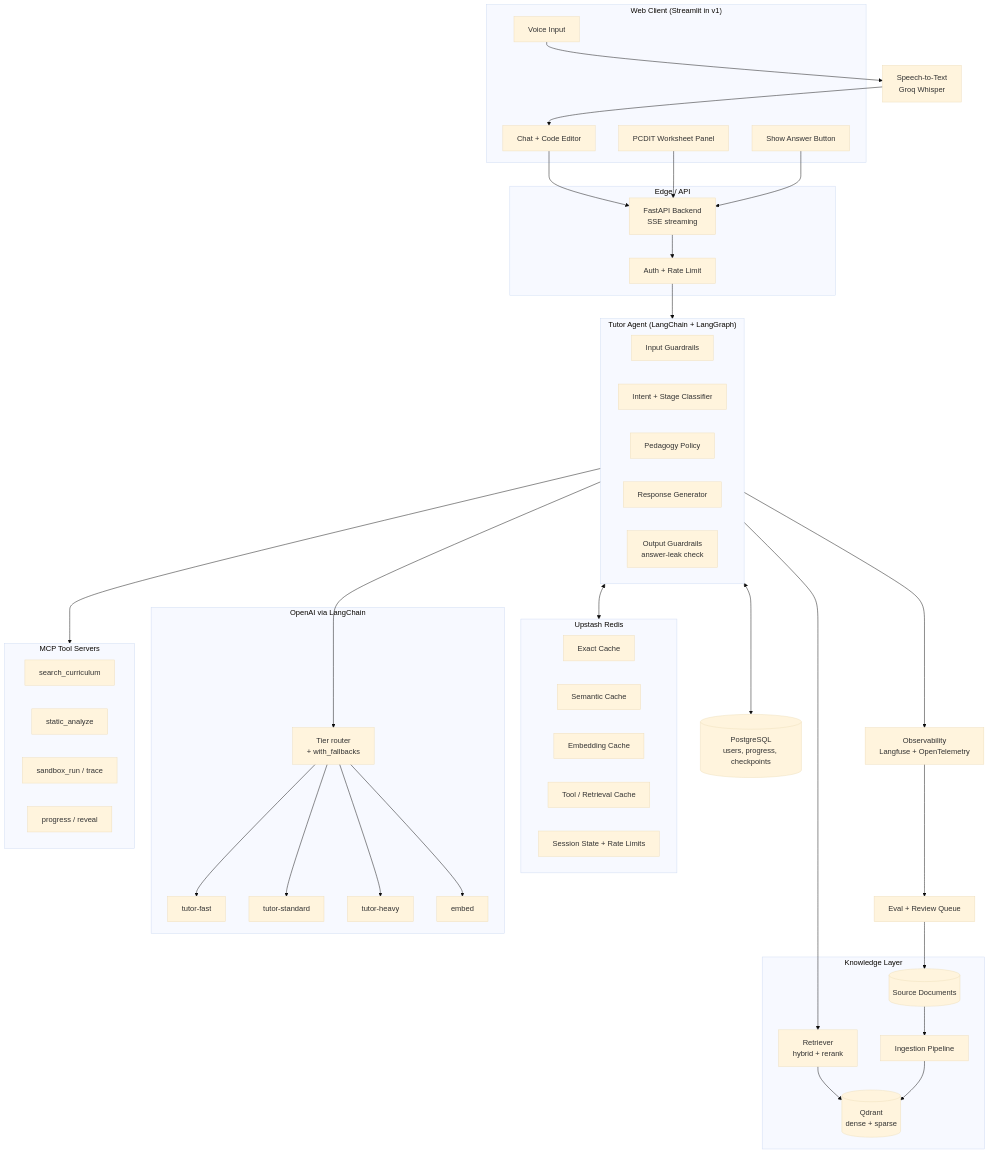
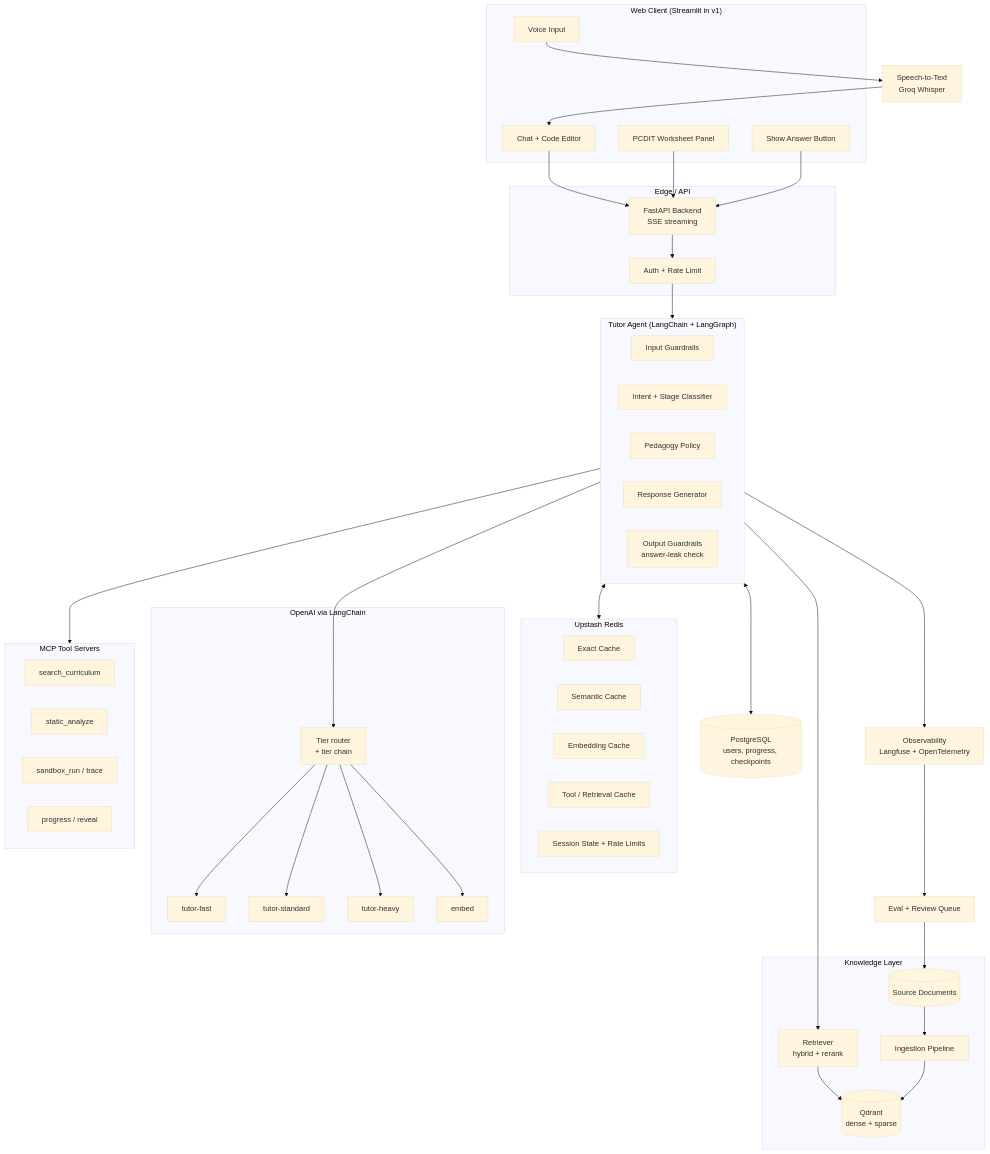
The first of 9 diagrams in PROJECT_SPEC.md (jsuryanm/code-buddy), drawn with Mermaid (base theme) before and after one commit. The commit also changed other lines of this file and 1 other file, not shown here.

Commit message:
Describe the tier chain instead of with_fallbacks in the spec and ADR 0001

````diff
--- a/PROJECT_SPEC.md
+++ b/PROJECT_SPEC.md
@@ -818,74 +820,74 @@
 ```mermaid
 flowchart TB
     subgraph Client["Web Client (Streamlit in v1)"]
         UI[Chat + Code Editor]
         PW[PCDIT Worksheet Panel]
         MIC[Voice Input]
         SA[Show Answer Button]
     end
 
     subgraph Edge["Edge / API"]
         API[FastAPI Backend<br/>SSE streaming]
         AUTH[Auth + Rate Limit]
     end
 
     subgraph Agent["Tutor Agent (LangChain + LangGraph)"]
         G1[Input Guardrails]
         IC[Intent + Stage Classifier]
         POL[Pedagogy Policy]
         GEN[Response Generator]
         G2[Output Guardrails<br/>answer-leak check]
     end
 
     subgraph Knowledge["Knowledge Layer"]
         RET[Retriever<br/>hybrid + rerank]
         VDB[(Qdrant<br/>dense + sparse)]
         ING[Ingestion Pipeline]
         DOCS[(Source Documents)]
     end
 
     subgraph Cache["Upstash Redis"]
         C1[Exact Cache]
         C2[Semantic Cache]
         C3[Embedding Cache]
         C4[Tool / Retrieval Cache]
         C5[Session State + Rate Limits]
     end
 
     subgraph LLMs["OpenAI via LangChain"]
-        RT[Tier router<br/>+ with_fallbacks]
+        RT[Tier router<br/>+ tier chain]
         S[tutor-fast]
         M[tutor-standard]
         H[tutor-heavy]
         EMB[embed]
     end
 
     subgraph MCP["MCP Tool Servers"]
         T1[search_curriculum]
         T2[static_analyze]
         T3[sandbox_run / trace]
         T4[progress / reveal]
     end
 
     STT[Speech-to-Text<br/>Groq Whisper]
     PG[(PostgreSQL<br/>users, progress, checkpoints)]
     OBS[Observability<br/>Langfuse + OpenTelemetry]
     EVAL[Eval + Review Queue]
 
     UI --> API
     PW --> API
     MIC --> STT --> UI
     SA --> API
     API --> AUTH --> Agent
     Agent <--> Cache
     Agent --> RET --> VDB
     Agent --> MCP
     Agent --> RT
     RT --> S & M & H & EMB
     ING --> VDB
     DOCS --> ING
     Agent <--> PG
     Agent --> OBS
     OBS --> EVAL
     EVAL --> DOCS
 ```
````
